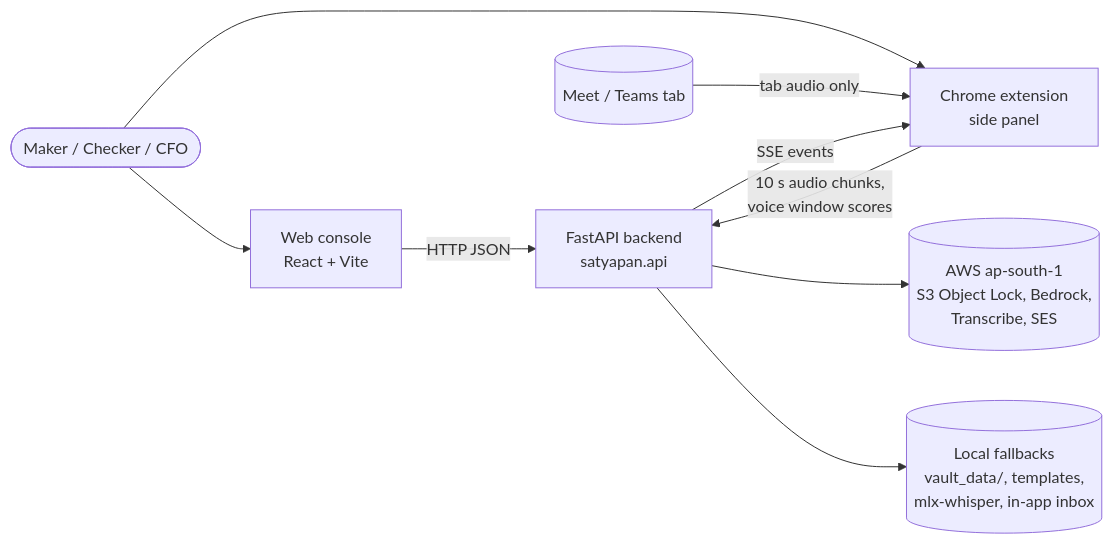
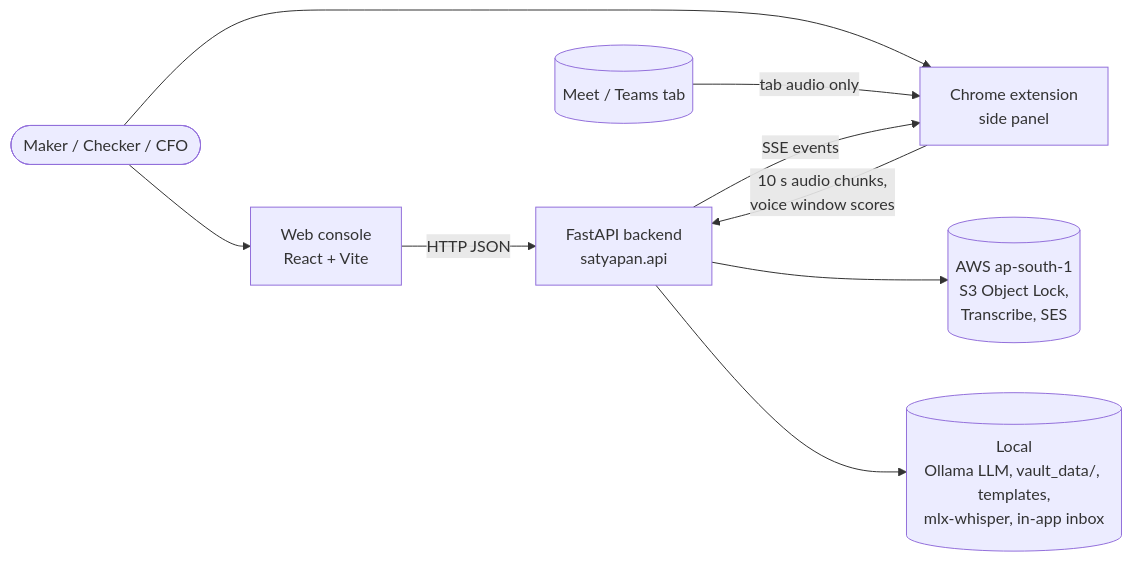
One commit to ShivendraNT/Deepfake_Detection changed the first of 2 diagrams in docs/ARCHITECTURE.md. Above: the diagram before and after it, drawn with Mermaid. The commit also changed other lines of this file and 17 other files, not shown here.

First line of the commit message:
T15: local Ollama LLM (free) replaces Bedrock; faithfulness checker, summarize, 30 injections, red-team script

````diff
--- a/docs/ARCHITECTURE.md
+++ b/docs/ARCHITECTURE.md
@@ -25,11 +25,11 @@
 ```mermaid
 flowchart LR
   maker([Maker / Checker / CFO]) --> console[Web console<br/>React + Vite]
   maker --> ext[Chrome extension<br/>side panel]
   meet[(Meet / Teams tab)] -- tab audio only --> ext
   console -- HTTP JSON --> api[FastAPI backend<br/>satyapan.api]
   ext -- 10 s audio chunks,<br/>voice window scores --> api
   api -- SSE events --> ext
-  api --> aws[(AWS ap-south-1<br/>S3 Object Lock, Bedrock,<br/>Transcribe, SES)]
-  api --> local[(Local fallbacks<br/>vault_data/, templates,<br/>mlx-whisper, in-app inbox)]
+  api --> aws[(AWS ap-south-1<br/>S3 Object Lock,<br/>Transcribe, SES)]
+  api --> local[(Local<br/>Ollama LLM, vault_data/, templates,<br/>mlx-whisper, in-app inbox)]
 ```
````
